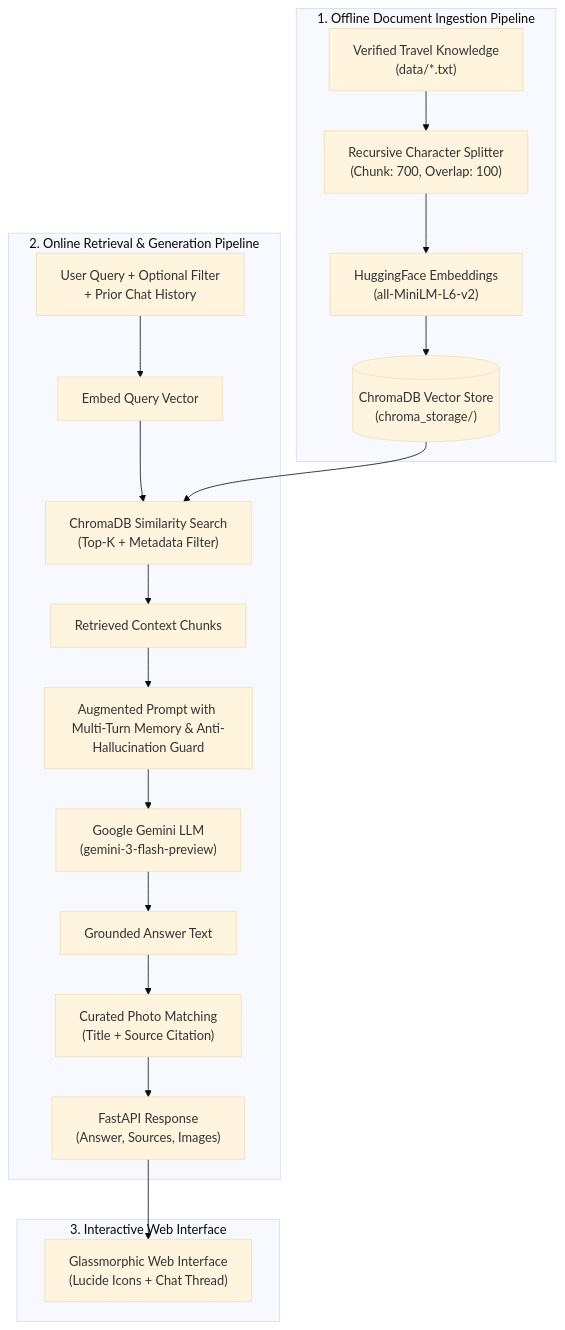
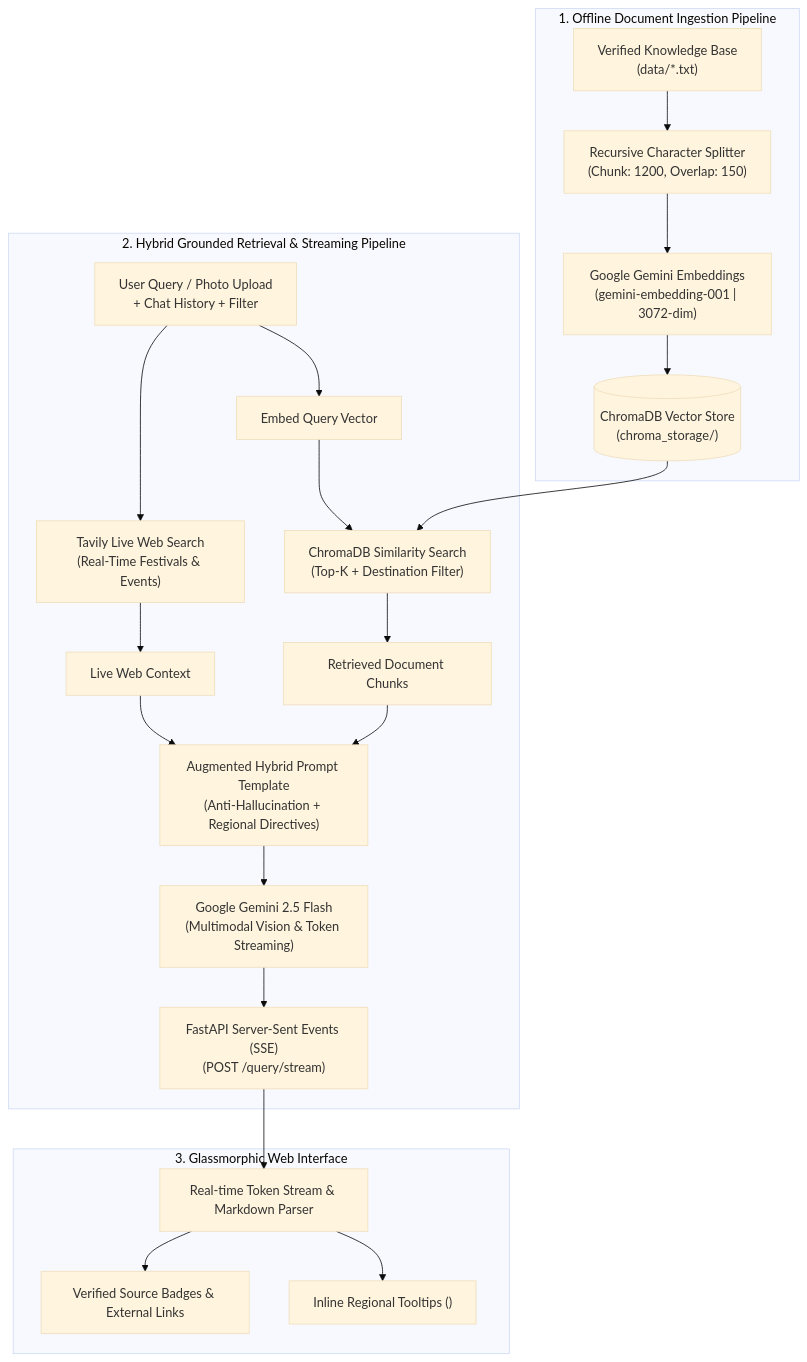
Before and after one commit to shri-endure/travel-rag-core: the diagram in README.md, drawn with Mermaid (base theme). The commit also changed other lines of this file and 11 other files, not shown here.

Commit message:
regional language tooltip accuracy, destination guardrail

````diff
--- a/README.md
+++ b/README.md
@@ -11,24 +19,30 @@
 ```mermaid
 flowchart TD
     subgraph Ingestion ["1. Offline Document Ingestion Pipeline"]
-        A["Verified Travel Knowledge<br/>(data/*.txt)"] --> B["Recursive Character Splitter<br/>(Chunk: 700, Overlap: 100)"]
-        B --> C["HuggingFace Embeddings<br/>(all-MiniLM-L6-v2)"]
+        A["Verified Knowledge Base<br/>(data/*.txt)"] --> B["Recursive Character Splitter<br/>(Chunk: 1200, Overlap: 150)"]
+        B --> C["Google Gemini Embeddings<br/>(gemini-embedding-001 | 3072-dim)"]
         C --> D[("ChromaDB Vector Store<br/>(chroma_storage/)")]
     end
 
-    subgraph QueryPipeline ["2. Online Retrieval & Generation Pipeline"]
-        E["User Query + Optional Filter<br/>+ Prior Chat History"] --> F["Embed Query Vector"]
-        F --> G["ChromaDB Similarity Search<br/>(Top-K + Metadata Filter)"]
+    subgraph QueryPipeline ["2. Hybrid Grounded Retrieval & Streaming Pipeline"]
+        E["User Query / Photo Upload<br/>+ Chat History + Filter"] --> F["Embed Query Vector"]
+        F --> G["ChromaDB Similarity Search<br/>(Top-K + Destination Filter)"]
         D --> G
-        G --> H["Retrieved Context Chunks"]
-        H --> I["Augmented Prompt with Multi-Turn Memory & Anti-Hallucination Guard"]
-        I --> J["Google Gemini LLM<br/>(gemini-3-flash-preview)"]
-        J --> K["Grounded Answer Text"]
-        K --> L["Curated Photo Matching<br/>(Title + Source Citation)"]
-        L --> M["FastAPI Response<br/>(Answer, Sources, Images)"]
+        G --> H["Retrieved Document Chunks"]
+        
+        E --> I["Tavily Live Web Search<br/>(Real-Time Festivals & Events)"]
+        I --> J["Live Web Context"]
+        
+        H --> K["Augmented Hybrid Prompt Template<br/>(Anti-Hallucination + Regional Directives)"]
+        J --> K
+        
+        K --> L["Google Gemini 2.5 Flash<br/>(Multimodal Vision & Token Streaming)"]
+        L --> M["FastAPI Server-Sent Events (SSE)<br/>(POST /query/stream)"]
     end
 
-    subgraph FrontendUI ["3. Interactive Web Interface"]
-        M --> N["Glassmorphic Web Interface<br/>(Lucide Icons + Chat Thread)"]
+    subgraph FrontendUI ["3. Glassmorphic Web Interface"]
+        M --> N["Real-time Token Stream & Markdown Parser"]
+        N --> O["Inline Regional Tooltips (<abbr>)"]
+        N --> P["Verified Source Badges & External Links"]
     end
 ```
````
